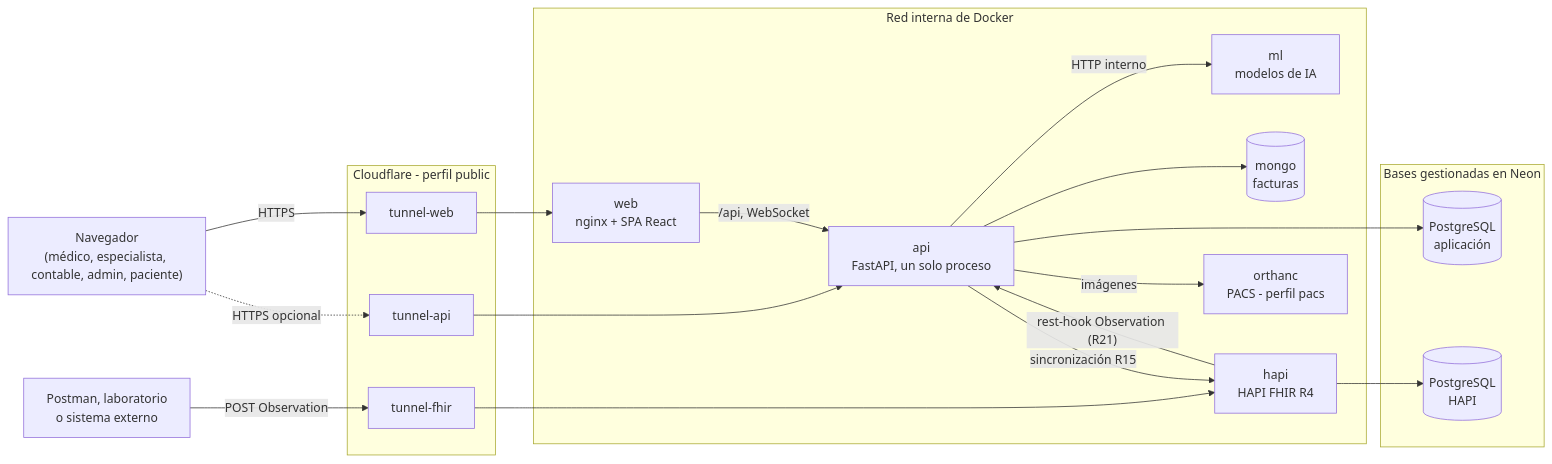
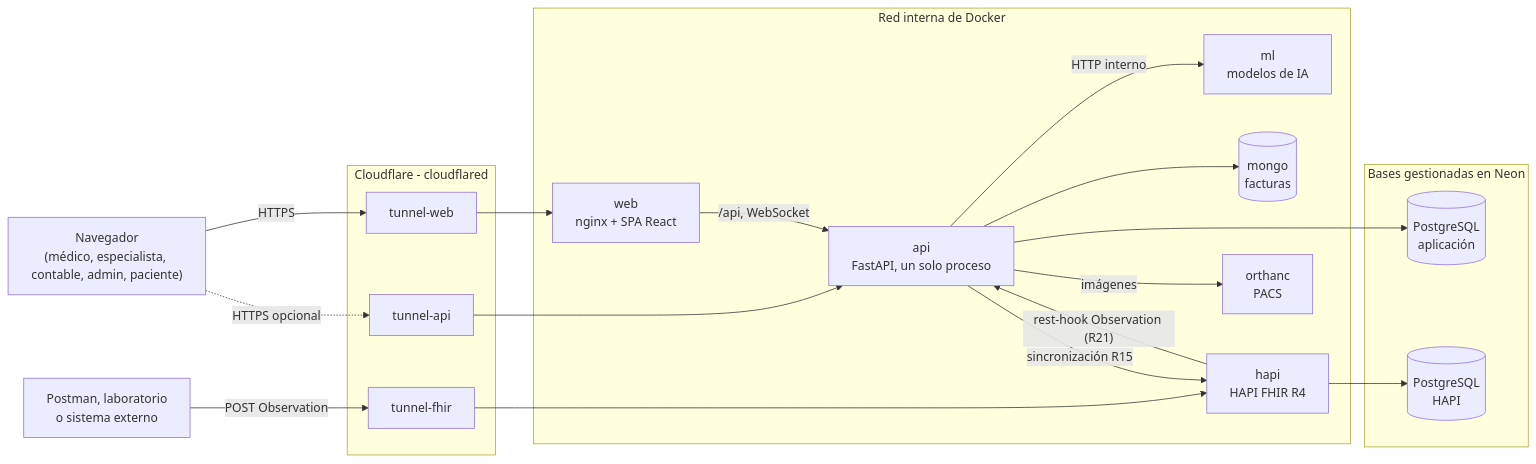
One commit to SEBASBELMOS/saludred changed the first of 2 diagrams in README.md. Above: the diagram before and after it, drawn with Mermaid. The commit also changed other lines of this file and 3 other files, not shown here.

````diff
--- a/README.md
+++ b/README.md
@@ -85,37 +85,37 @@
 ```mermaid
 flowchart LR
     U["Navegador<br/>(médico, especialista, contable, admin, paciente)"]
     P["Postman, laboratorio<br/>o sistema externo"]
 
-    subgraph PUB["Cloudflare - perfil public"]
+    subgraph PUB["Cloudflare - cloudflared"]
         TW["tunnel-web"]
         TA["tunnel-api"]
         TF["tunnel-fhir"]
     end
 
     subgraph NET["Red interna de Docker"]
         WEB["web<br/>nginx + SPA React"]
         API["api<br/>FastAPI, un solo proceso"]
         ML["ml<br/>modelos de IA"]
         MONGO[("mongo<br/>facturas")]
         HAPI["hapi<br/>HAPI FHIR R4"]
-        ORT["orthanc<br/>PACS - perfil pacs"]
+        ORT["orthanc<br/>PACS"]
     end
 
     subgraph NEON["Bases gestionadas en Neon"]
         PGA[("PostgreSQL<br/>aplicación")]
         PGH[("PostgreSQL<br/>HAPI")]
     end
 
     U -->|HTTPS| TW --> WEB
     U -.->|HTTPS opcional| TA --> API
     P -->|POST Observation| TF --> HAPI
     WEB -->|"/api, WebSocket"| API
     API --> PGA
     API -->|HTTP interno| ML
     API --> MONGO
     API -->|"sincronización R15"| HAPI
     HAPI -->|"rest-hook Observation (R21)"| API
     HAPI --> PGH
     API -->|"imágenes"| ORT
 ```
````
